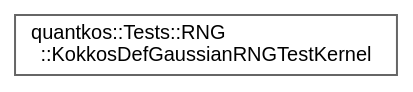
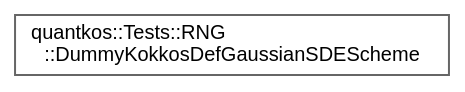
One commit to zeno-geddo/QuantKos changed the diagram in dev-zen/inherit_graph_53.dot. Above: the diagram before and after it, drawn with Graphviz. The commit also changed 114 other files, not shown here.

```diff
--- a/dev-zen/inherit_graph_53.dot
+++ b/dev-zen/inherit_graph_53.dot
@@ -1,9 +1,9 @@
 digraph "Graphical Class Hierarchy"
 {
  // LATEX_PDF_SIZE
   bgcolor="transparent";
   edge [fontname=Helvetica,fontsize=10,labelfontname=Helvetica,labelfontsize=10];
   node [fontname=Helvetica,fontsize=10,shape=box,height=0.2,width=0.4];
   rankdir="LR";
-  Node0 [id="Node000000",label="quantkos::Tests::RNG\l::KokkosDefGaussianRNGTestKernel",height=0.2,width=0.4,color="grey40", fillcolor="white", style="filled",URL="$structquantkos_1_1Tests_1_1RNG_1_1KokkosDefGaussianRNGTestKernel.html",tooltip="Parallel execution functor testing standard normal random number generation."];
+  Node0 [id="Node000000",label="quantkos::Tests::RNG\l::DummyKokkosDefGaussianSDEScheme",height=0.2,width=0.4,color="grey40", fillcolor="white", style="filled",URL="$structquantkos_1_1Tests_1_1RNG_1_1DummyKokkosDefGaussianSDEScheme.html",tooltip="A simplified stochastic differential equation (SDE) scheme used for RNG validation."];
 }
```
